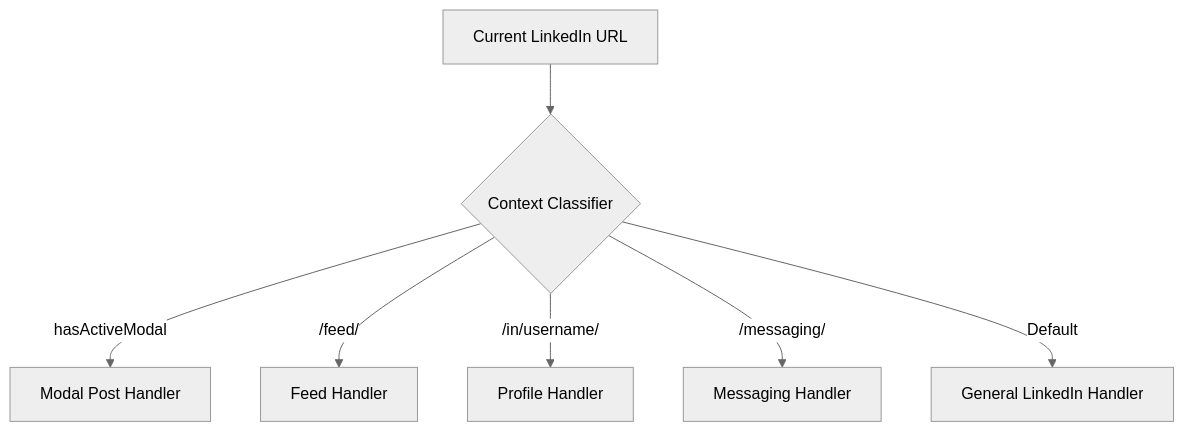
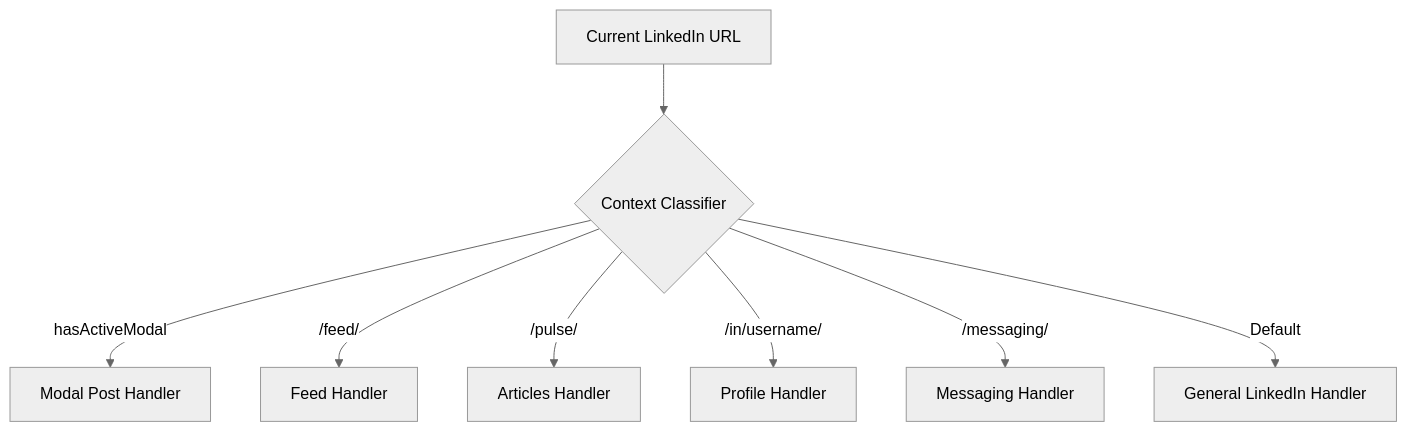
Before and after one commit to SudiptaSanki/Toystaller-LinkedIn: the diagram in DETAILS.md, drawn with Mermaid (neutral theme). The commit also changed other lines of this file and 37 other files, not shown here.

````diff
--- a/DETAILS.md
+++ b/DETAILS.md
@@ -201,9 +168,10 @@
 ```mermaid
 graph TD
     URL[Current LinkedIn URL] --> Route{Context Classifier}
     Route -->|hasActiveModal| Modal[Modal Post Handler]
     Route -->|/feed/| Feed[Feed Handler]
+    Route -->|/pulse/| Articles[Articles Handler]
     Route -->|/in/username/| Profile[Profile Handler]
     Route -->|/messaging/| Messaging[Messaging Handler]
     Route -->|Default| General[General LinkedIn Handler]
 ```
````
